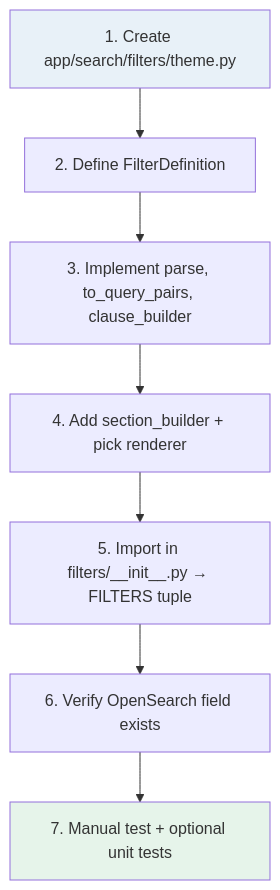
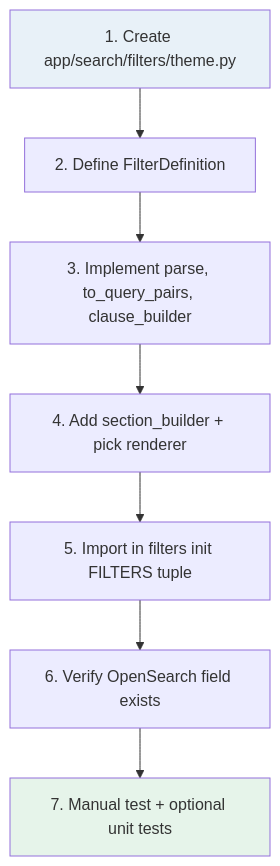
Before and after one commit to GSA/datagov-catalog: the seventh of 7 diagrams in docs/search-filters-walkthrough.md, drawn with Mermaid. The commit also changed other lines of this file, not shown here.

First line of the commit message:
Fix Mermaid syntax in search filters walkthrough.

````diff
--- a/docs/search-filters-walkthrough.md
+++ b/docs/search-filters-walkthrough.md
@@ -414,12 +423,12 @@
 ```mermaid
 flowchart TD
     A[1. Create app/search/filters/theme.py] --> B[2. Define FilterDefinition]
     B --> C[3. Implement parse, to_query_pairs, clause_builder]
     C --> D[4. Add section_builder + pick renderer]
-    D --> E[5. Import in filters/__init__.py → FILTERS tuple]
+    D --> E[5. Import in filters init FILTERS tuple]
     E --> F[6. Verify OpenSearch field exists]
     F --> G[7. Manual test + optional unit tests]
 
     style A fill:#e8f1f8
     style G fill:#e6f4ea
 ```
````
